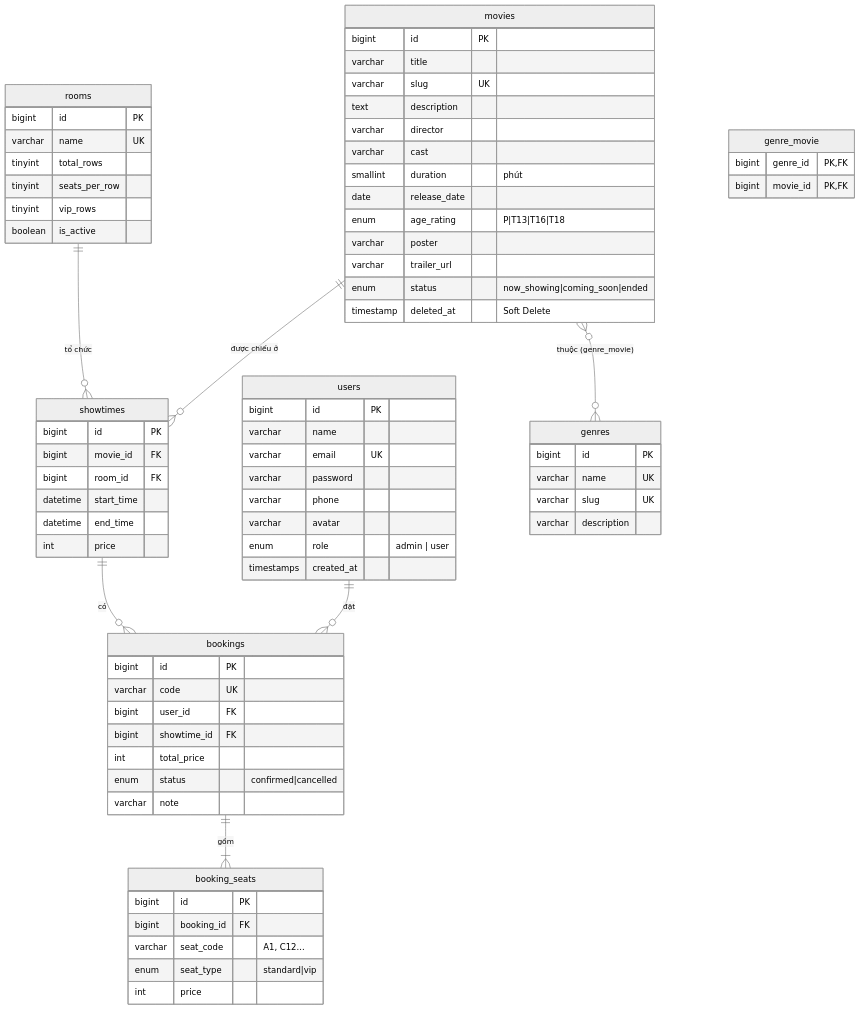
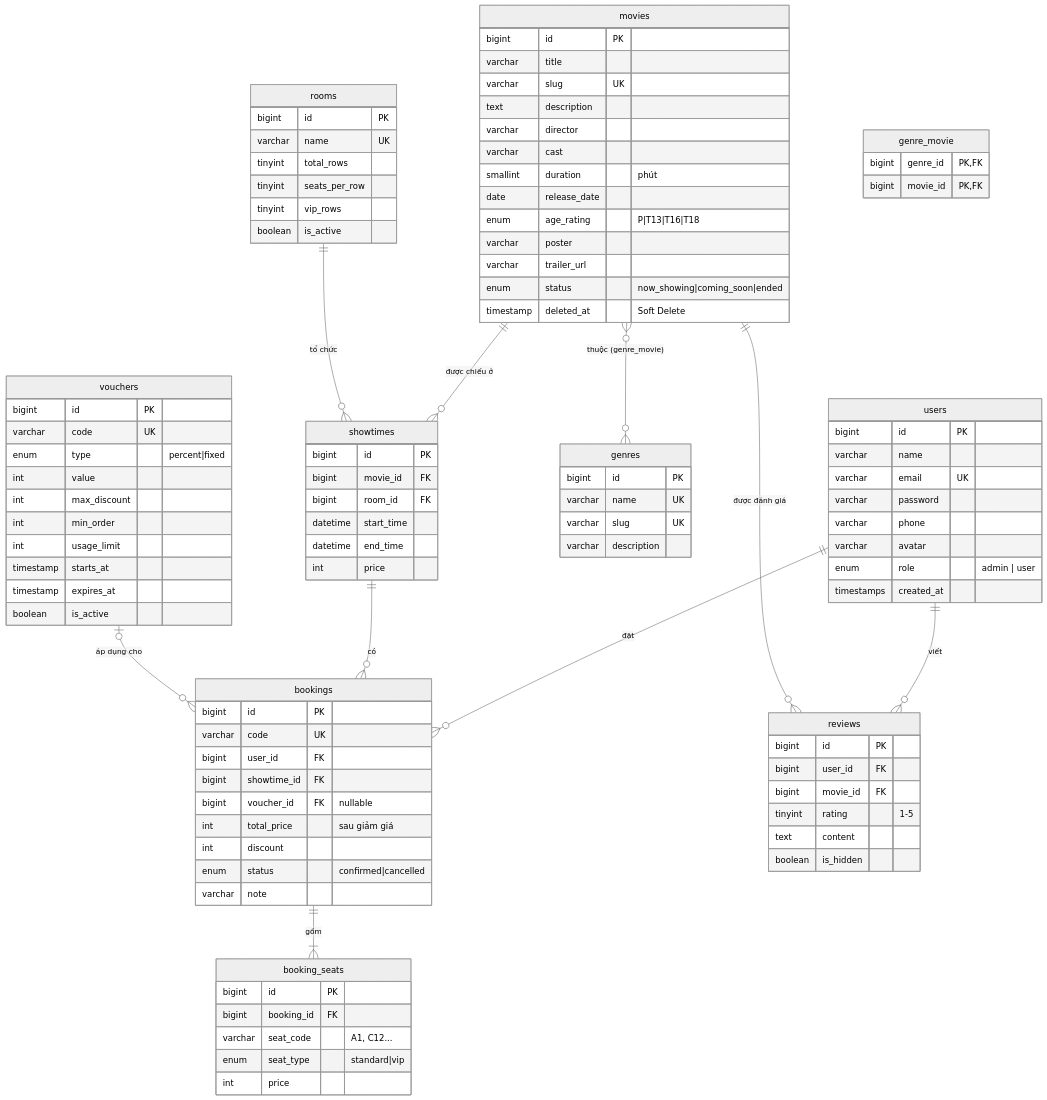
Before and after one commit to Leanhoangy/CineBook: the first of 2 diagrams in docs/THIET_KE.md, drawn with Mermaid (neutral theme). The commit also changed other lines of this file and 6 other files, not shown here.

````diff
--- a/docs/THIET_KE.md
+++ b/docs/THIET_KE.md
@@ -24,6 +24,9 @@
     movies ||--o{ showtimes : "được chiếu ở"
     rooms ||--o{ showtimes : "tổ chức"
     movies }o--o{ genres : "thuộc (genre_movie)"
+    users ||--o{ reviews : "viết"
+    movies ||--o{ reviews : "được đánh giá"
+    vouchers |o--o{ bookings : "áp dụng cho"
 
     users {
         bigint id PK
@@ -81,7 +84,9 @@
         varchar code UK
         bigint user_id FK
         bigint showtime_id FK
-        int total_price
+        bigint voucher_id FK "nullable"
+        int total_price "sau giảm giá"
+        int discount
         enum status "confirmed|cancelled"
         varchar note
     }
@@ -92,4 +97,24 @@
         enum seat_type "standard|vip"
         int price
     }
+    reviews {
+        bigint id PK
+        bigint user_id FK
+        bigint movie_id FK
+        tinyint rating "1-5"
+        text content
+        boolean is_hidden
+    }
+    vouchers {
+        bigint id PK
+        varchar code UK
+        enum type "percent|fixed"
+        int value
+        int max_discount
+        int min_order
+        int usage_limit
+        timestamp starts_at
+        timestamp expires_at
+        boolean is_active
+    }
 ```
````
